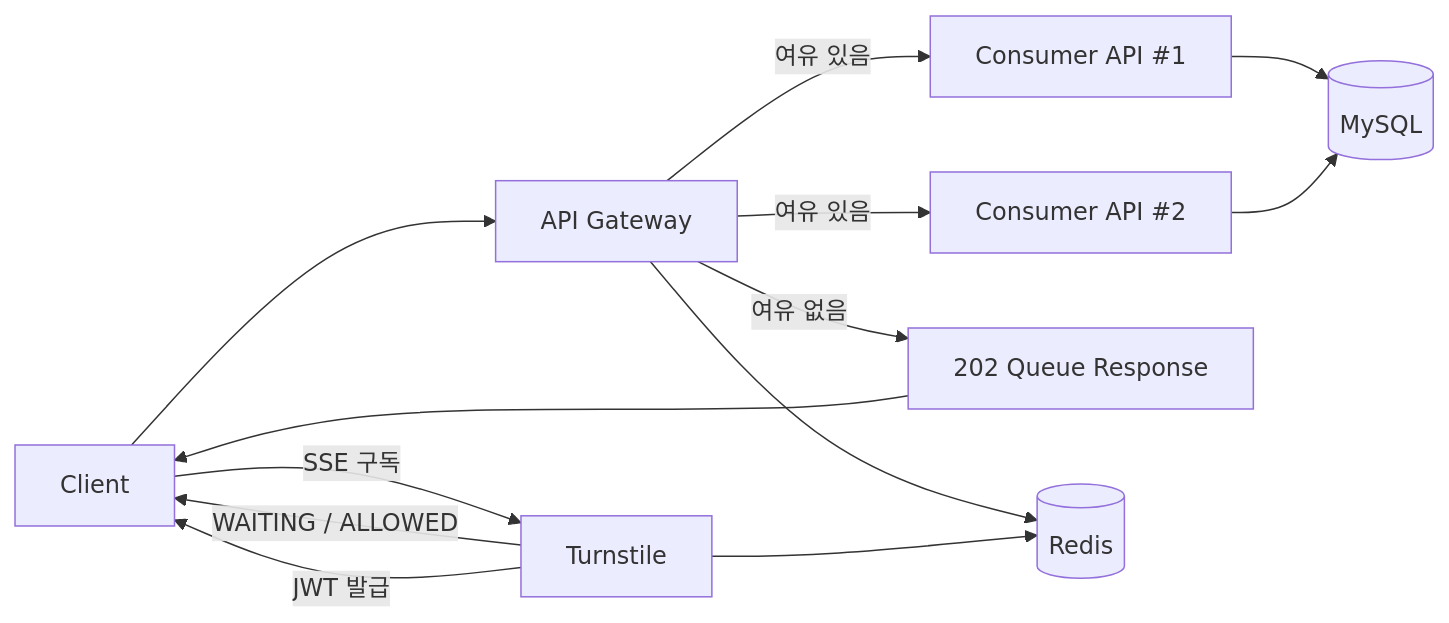
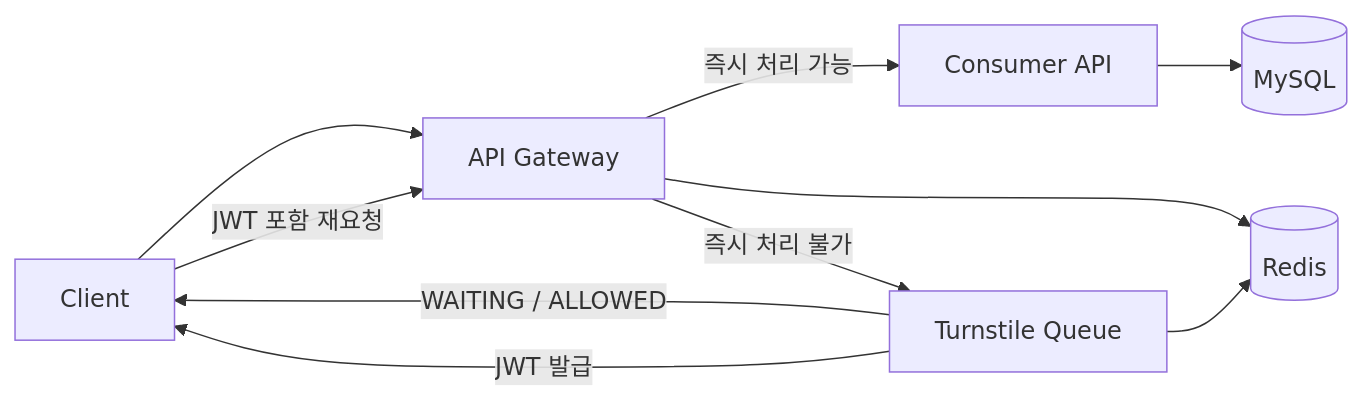
The diagram in README.md (xkvak/traffic-control-system), drawn with Mermaid before and after one commit. The commit also changed other lines of this file, not shown here.

````diff
--- a/README.md
+++ b/README.md
@@ -28,15 +26,12 @@
 ```mermaid
 flowchart LR
     Client["Client"] --> Gateway["API Gateway"]
-    Gateway -->|여유 있음| App1["Consumer API #1"]
-    Gateway -->|여유 있음| App2["Consumer API #2"]
-    Gateway -->|여유 없음| QueueResponse["202 Queue Response"]
-    QueueResponse --> Client
-    Client -->|SSE 구독| Turnstile["Turnstile"]
-    Turnstile -->|WAITING / ALLOWED| Client
-    Turnstile -->|JWT 발급| Client
-    App1 --> MySQL[("MySQL")]
-    App2 --> MySQL
+    Gateway -->|즉시 처리 가능| App["Consumer API"]
+    Gateway -->|즉시 처리 불가| Queue["Turnstile Queue"]
+    Queue -->|WAITING / ALLOWED| Client
+    Queue -->|JWT 발급| Client
+    Client -->|JWT 포함 재요청| Gateway
+    App --> MySQL[("MySQL")]
     Gateway --> Redis[("Redis")]
-    Turnstile --> Redis
+    Queue --> Redis
 ```
````
